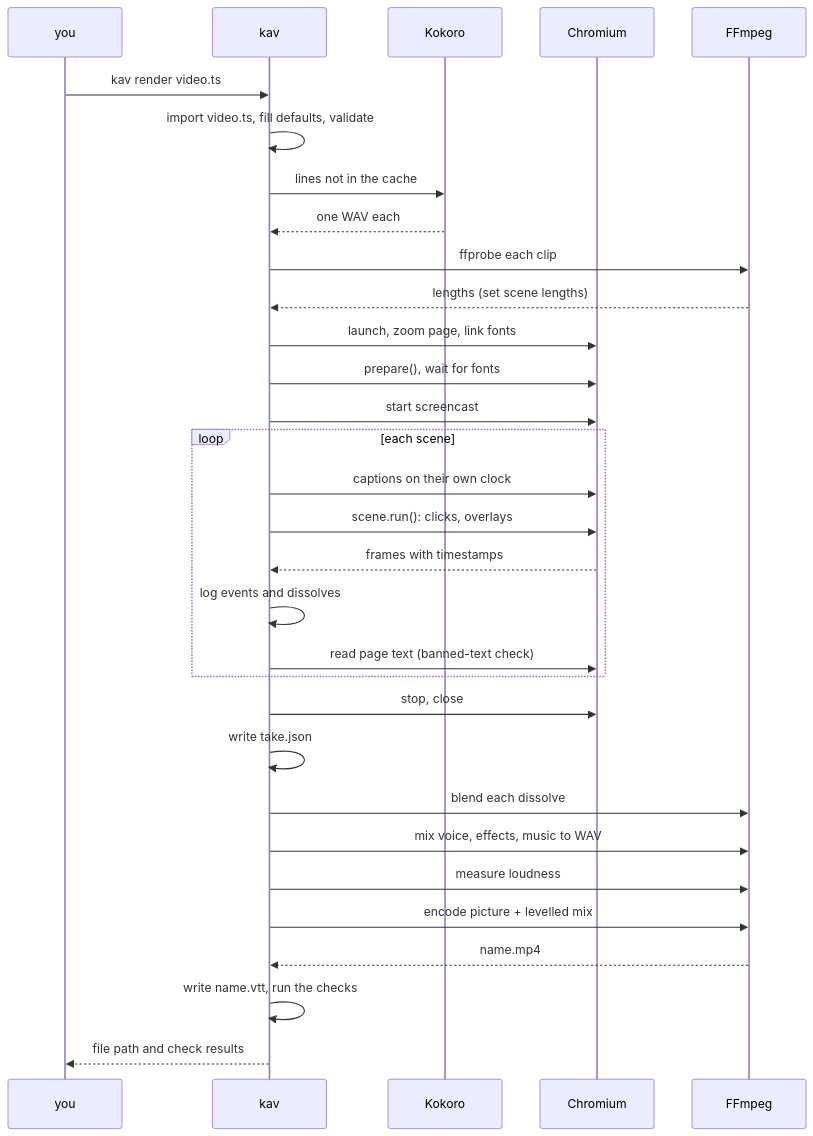
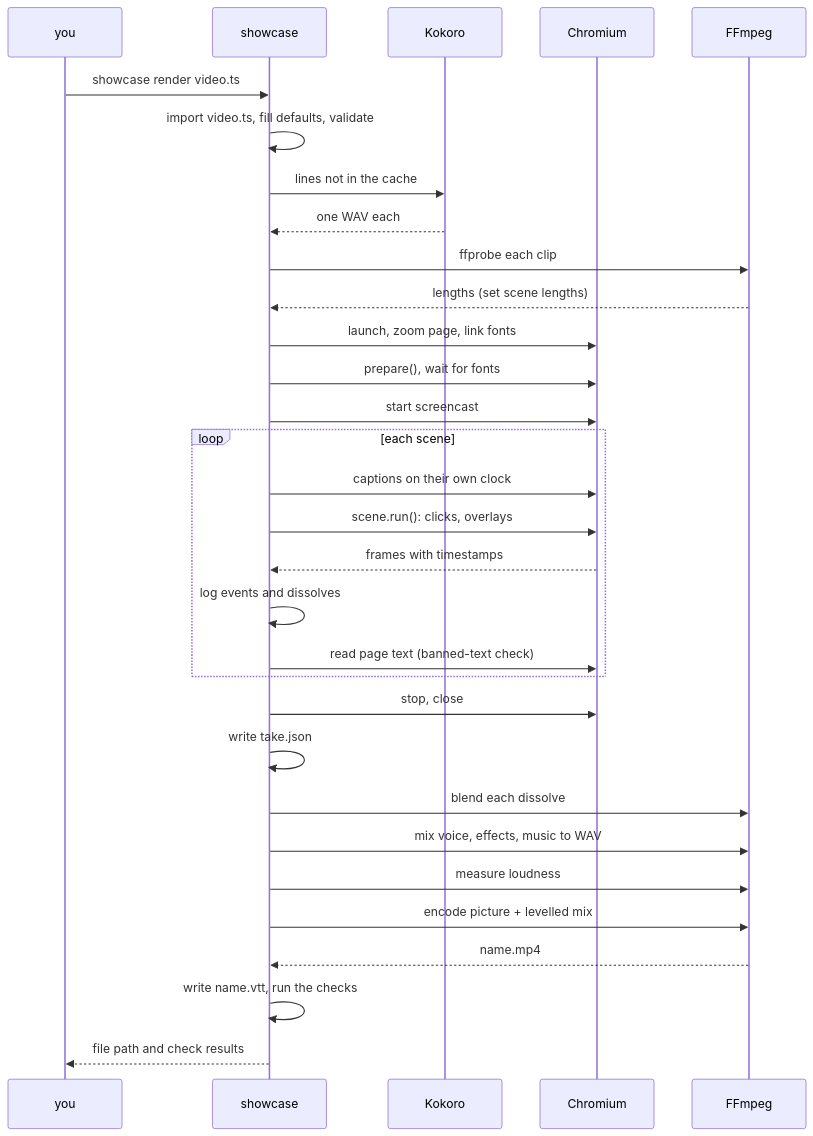
One commit to kwartz-ai/kwartz-showcase changed the second of 4 diagrams in docs/architecture.md. Above: the diagram before and after it, drawn with Mermaid. The commit also changed other lines of this file and 135 other files, not shown here.

````diff
--- a/docs/architecture.md
+++ b/docs/architecture.md
@@ -37,34 +37,34 @@
 ```mermaid
 sequenceDiagram
   participant U as you
-  participant K as kav
+  participant K as showcase
   participant P as Kokoro
   participant B as Chromium
   participant F as FFmpeg
 
-  U->>K: kav render video.ts
+  U->>K: showcase render video.ts
   K->>K: import video.ts, fill defaults, validate
   K->>P: lines not in the cache
   P-->>K: one WAV each
   K->>F: ffprobe each clip
   F-->>K: lengths (set scene lengths)
   K->>B: launch, zoom page, link fonts
   K->>B: prepare(), wait for fonts
   K->>B: start screencast
   loop each scene
     K->>B: captions on their own clock
     K->>B: scene.run(): clicks, overlays
     B-->>K: frames with timestamps
     K->>K: log events and dissolves
     K->>B: read page text (banned-text check)
   end
   K->>B: stop, close
   K->>K: write take.json
   K->>F: blend each dissolve
   K->>F: mix voice, effects, music to WAV
   K->>F: measure loudness
   K->>F: encode picture + levelled mix
   F-->>K: name.mp4
   K->>K: write name.vtt, run the checks
   K-->>U: file path and check results
 ```
````
